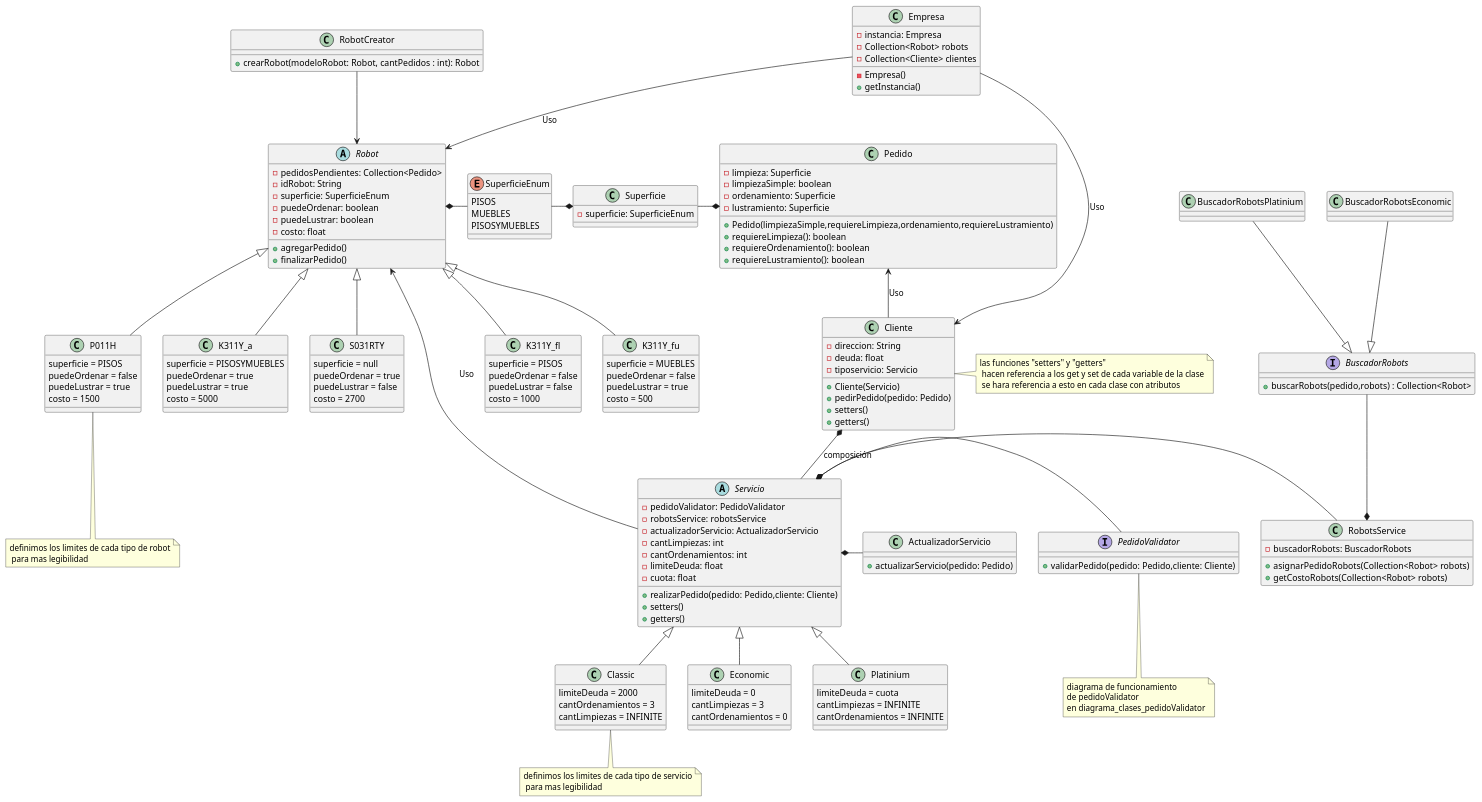
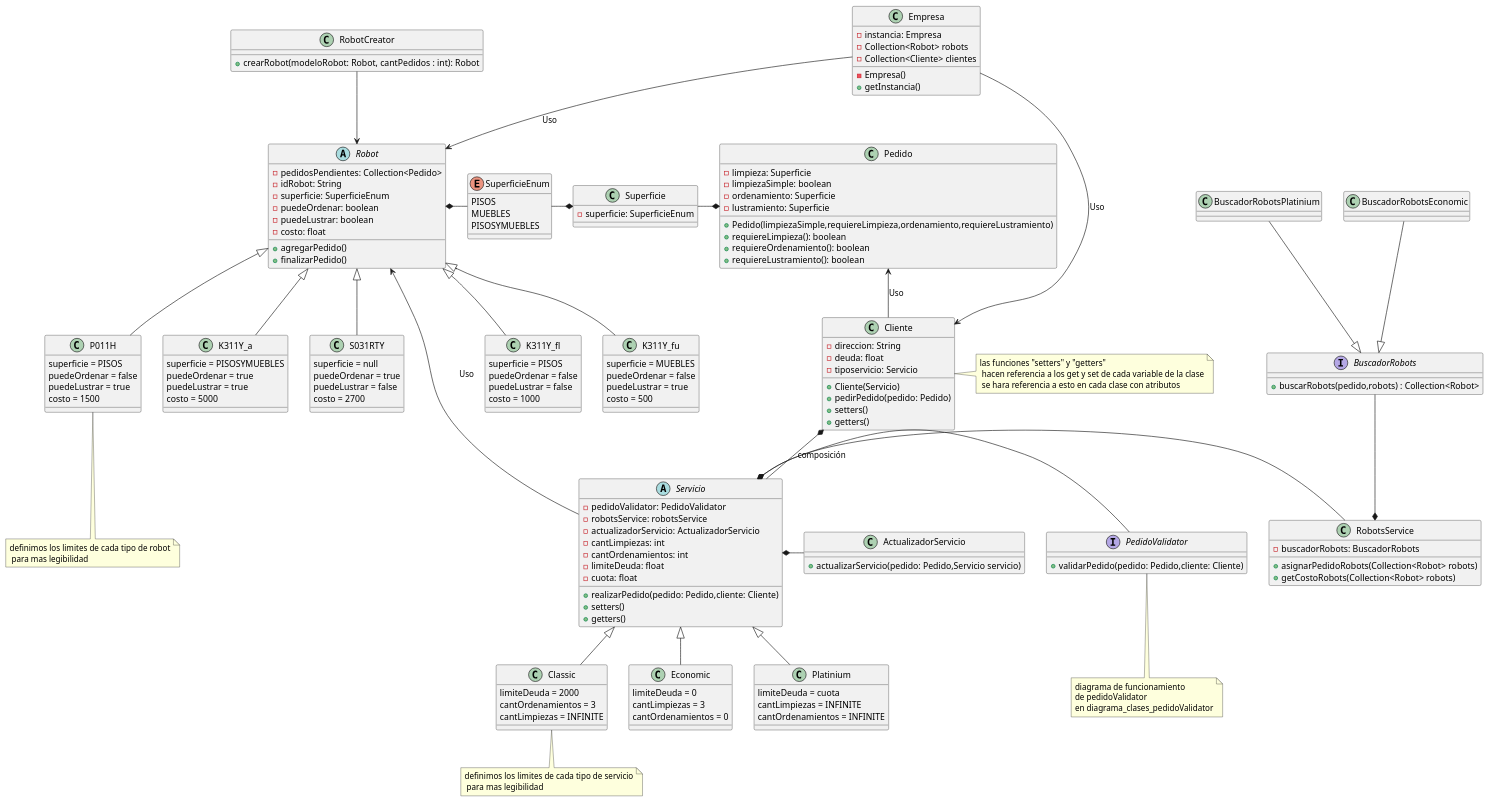
One commit to bacarvalho/TrabajoPractico changed the diagram in src/main/java/com/grupo4/trabajo/Diagramas/diagrama_clases.puml. Above: the diagram before and after it, drawn with PlantUML. The commit also changed 2 other files, not shown here.

Commit message:
Implementacion de actualizadorServicio a codigo

```diff
--- a/src/main/java/com/grupo4/trabajo/Diagramas/diagrama_clases.puml
+++ b/src/main/java/com/grupo4/trabajo/Diagramas/diagrama_clases.puml
@@ -1,191 +1,191 @@
 @startuml
 'https://plantuml.com/class-diagram
 
 
 class Cliente{
 -direccion: String
 -deuda: float
 -tiposervicio: Servicio
 
 +Cliente(Servicio)
 +pedirPedido(pedido: Pedido)
 +setters()
 +getters()
 }
 
 class Empresa{
 -instancia: Empresa
 -Collection<Robot> robots
 -Collection<Cliente> clientes
 
 -Empresa()
 +getInstancia()
 }
 
 
 abstract class Servicio{
 - pedidoValidator: PedidoValidator
 - robotsService: robotsService
 - actualizadorServicio: ActualizadorServicio
 - cantLimpiezas: int
 - cantOrdenamientos: int
 - limiteDeuda: float
 -cuota: float
 
 +realizarPedido(pedido: Pedido,cliente: Cliente)
 +setters()
 +getters()
 }
 
 abstract class Robot{
 - pedidosPendientes: Collection<Pedido>
 - idRobot: String
 - superficie: SuperficieEnum
 - puedeOrdenar: boolean
 - puedeLustrar: boolean
 - costo: float
 
 +agregarPedido()
 +finalizarPedido()
 }
 
 class K311Y_fl{
  superficie = PISOS
  puedeOrdenar = false
  puedeLustrar = false
  costo = 1000
 }
 class K311Y_fu{
 superficie = MUEBLES
  puedeOrdenar = false
  puedeLustrar = true
  costo = 500
 }
 class P011H{
 superficie = PISOS
  puedeOrdenar = false
  puedeLustrar = true
  costo = 1500
 }
 class K311Y_a{
  superficie = PISOSYMUEBLES
  puedeOrdenar = true
  puedeLustrar = true
  costo = 5000
 }
 class S031RTY{
 superficie = null
  puedeOrdenar = true
  puedeLustrar = false
  costo = 2700
 }
 
 class ActualizadorServicio{
-+actualizarServicio(pedido: Pedido)
++actualizarServicio(pedido: Pedido,Servicio servicio)
 }
 
 class Platinium{
 limiteDeuda = cuota
 cantLimpiezas = INFINITE
 cantOrdenamientos = INFINITE
 }
 class Classic{
 limiteDeuda = 2000
 cantOrdenamientos = 3
 cantLimpiezas = INFINITE
 }
 
 class Economic{
 limiteDeuda = 0
 cantLimpiezas = 3
 cantOrdenamientos = 0
 }
 
 class RobotCreator{
     +crearRobot(modeloRobot: Robot, cantPedidos : int): Robot
 }
 
 
 class RobotsService{
     -buscadorRobots: BuscadorRobots
     +asignarPedidoRobots(Collection<Robot> robots)
     +getCostoRobots(Collection<Robot> robots)
 }
 
 interface BuscadorRobots{
 +buscarRobots(pedido,robots) : Collection<Robot>
 }
 
 class BuscadorRobotsEconomic{
 
 }
 
 class BuscadorRobotsPlatinium{
 }
 
 class Pedido{
 - limpieza: Superficie
 - limpiezaSimple: boolean
 - ordenamiento: Superficie
 - lustramiento: Superficie
 
 +Pedido(limpiezaSimple,requiereLimpieza,ordenamiento,requiereLustramiento)
 +requiereLimpieza(): boolean
 +requiereOrdenamiento(): boolean
 +requiereLustramiento(): boolean
 }
 
 enum SuperficieEnum{
 PISOS
 MUEBLES
 PISOSYMUEBLES
 }
 
 class Superficie{
 - superficie: SuperficieEnum
 }
 
 Robot <|-- K311Y_fl
 Robot <|-- K311Y_fu
 Robot <|-- P011H
 Robot <|-- K311Y_a
 Robot <|-- S031RTY
 
 Servicio <|-- Platinium
 Servicio <|-- Classic
 Servicio <|-- Economic
 
 interface PedidoValidator{
 +validarPedido(pedido: Pedido,cliente: Cliente)
 }
 
 Robot <-- Servicio : Uso
 PedidoValidator -left-* Servicio
 ActualizadorServicio -left-* Servicio
 RobotsService -left-* Servicio
 Pedido <--  Cliente : Uso
 
 RobotCreator --> Robot
 RobotsService *-up- BuscadorRobots
 BuscadorRobots <|-up- BuscadorRobotsEconomic
 BuscadorRobots <|-up- BuscadorRobotsPlatinium
 
 Cliente <-up- Empresa  : Uso
 
 Robot <-up-  Empresa : Uso
 
 Cliente *--  Servicio : composición
 
 Superficie *-left- SuperficieEnum
 Robot *-right- SuperficieEnum
 Pedido *-left- Superficie
 
 note bottom of Classic : definimos los limites de cada tipo de servicio\n para mas legibilidad
 note bottom of P011H : definimos los limites de cada tipo de robot\n para mas legibilidad
 note right of Cliente : las funciones "setters" y "getters" \n hacen referencia a los get y set de cada variable de la clase\n se hara referencia a esto en cada clase con atributos
 note bottom of PedidoValidator
 diagrama de funcionamiento
 de pedidoValidator
 en diagrama_clases_pedidoValidator
 end note
 @enduml
```
